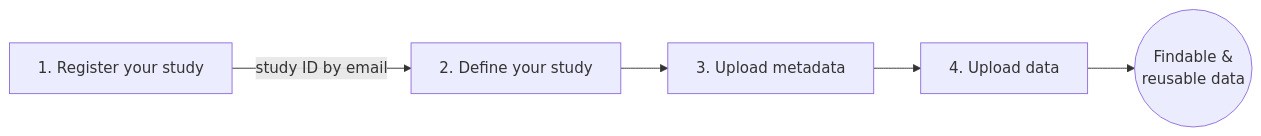
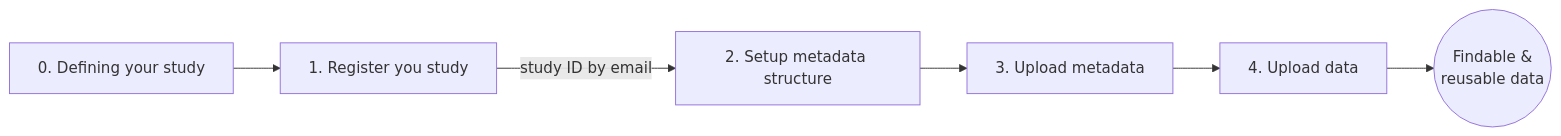
The diagram in docs/getting-started/index.md (CropXR/documentation), drawn with Mermaid before and after one commit. The commit also changed 1 other file, not shown here.

Commit message:
updated steps on getting started, warning on clicking twice.

````diff
--- a/docs/getting-started/index.md
+++ b/docs/getting-started/index.md
@@ -7,12 +7,13 @@
 ```mermaid
 flowchart LR
-    A["1. Register your study"] -->|study ID by email| B["2. Define your study"]
-    B --> C["3. Upload metadata"]
-    C --> D["4. Upload data"]
-    D --> F(("Findable &<br/>reusable data"))
+    A["0. Defining your study"] --> B["1. Register you study"]
+    B -->|study ID by email| C["2. Setup metadata structure"]
+    C --> D["3. Upload metadata"]
+    D --> E["4. Upload data"]
+    E --> F(("Findable &<br/>reusable data"))
 
-    click A "https://forms.cloud.microsoft/Pages/ResponsePage.aspx?id=TVJuCSlpMECM04q0LeCIe9rk7LtjOclKu9pKlmXMf-xUMzVUVFpYVkxZTE9VNTFXTVBMSU1EN1paTC4u" _blank
-    click B "../concepts/defining-a-study/" _self
+    click B "https://forms.cloud.microsoft/Pages/ResponsePage.aspx?id=TVJuCSlpMECM04q0LeCIe9rk7LtjOclKu9pKlmXMf-xUMzVUVFpYVkxZTE9VNTFXTVBMSU1EN1paTC4u" _blank
+    click A "../concepts/defining-a-study/" _self
     click C "../resilience-hub/seek/" _self
-    click D "../resilience-hub/cli-tool/" _self
+    click E "../resilience-hub/cli-tool/" _self
 ```
````
